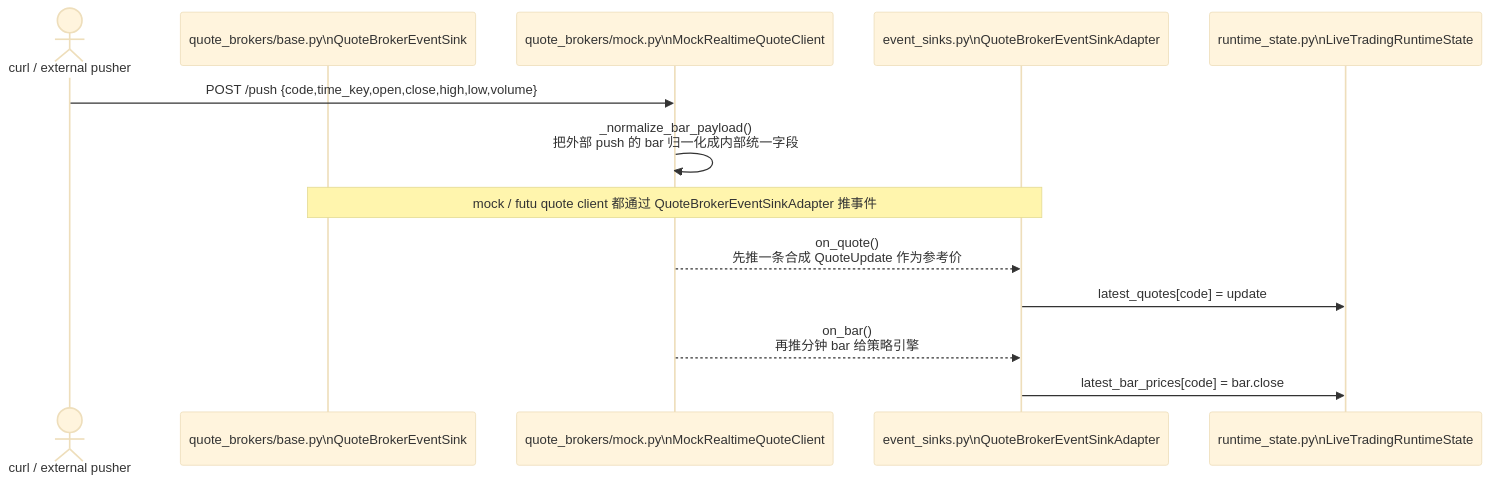
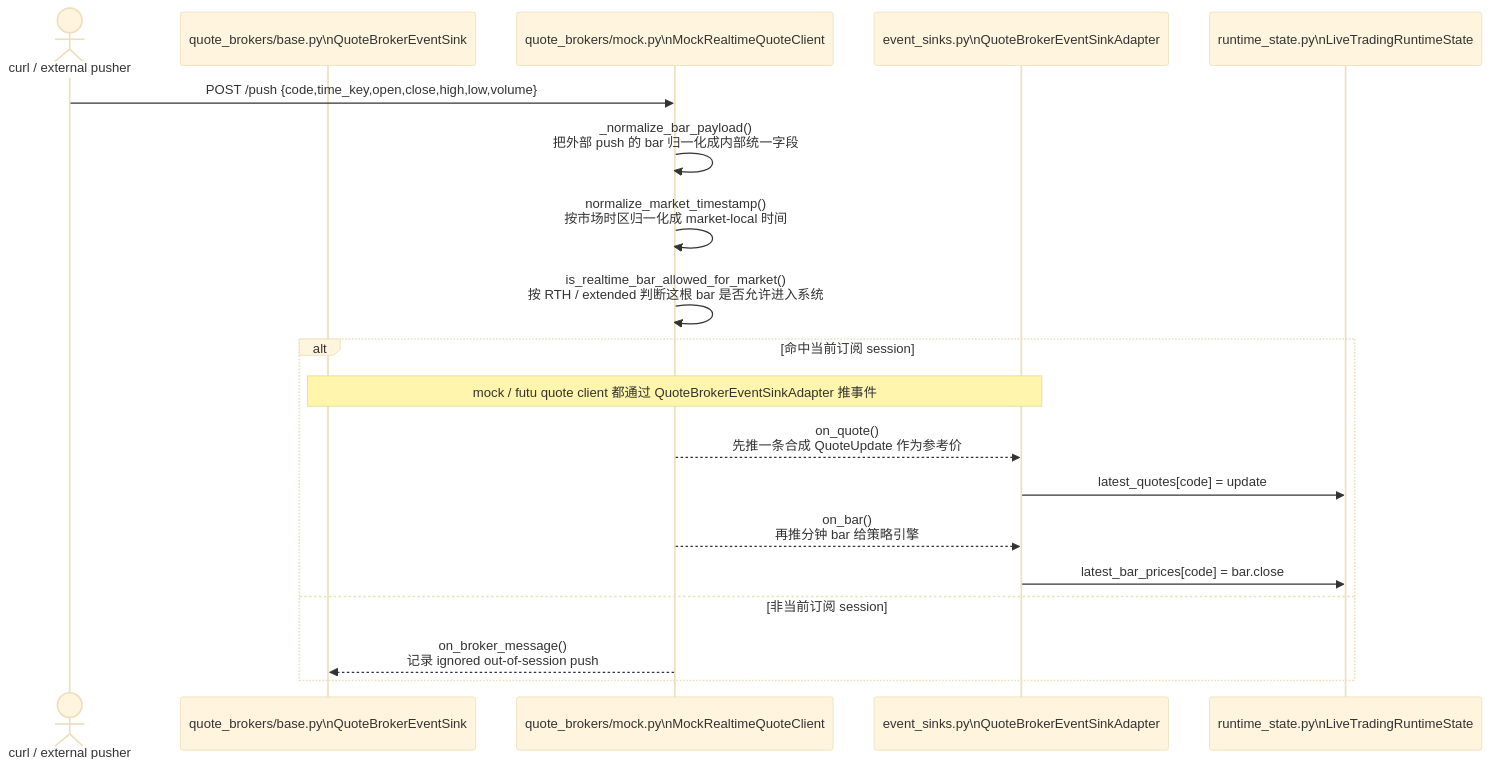
Before and after one commit to hangchow/backtest: the fourth of 7 diagrams in docs/README_livetrading_sequence.md, drawn with Mermaid (base theme). The commit also changed other lines of this file and 24 other files, not shown here.

````diff
--- a/docs/README_livetrading_sequence.md
+++ b/docs/README_livetrading_sequence.md
@@ -233,17 +236,23 @@
 ```mermaid
 sequenceDiagram
     actor C as curl / external pusher
     participant QBASE as quote_brokers/base.py\nQuoteBrokerEventSink
     participant QB as quote_brokers/mock.py\nMockRealtimeQuoteClient
     participant QS as event_sinks.py\nQuoteBrokerEventSinkAdapter
     participant RST as runtime_state.py\nLiveTradingRuntimeState
 
     C->>QB: POST /push {code,time_key,open,close,high,low,volume}
     QB->>QB: _normalize_bar_payload()<br/>把外部 push 的 bar 归一化成内部统一字段
-    Note over QS,QBASE: mock / futu quote client 都通过 QuoteBrokerEventSinkAdapter 推事件
-    QB-->>QS: on_quote()<br/>先推一条合成 QuoteUpdate 作为参考价
-    QS->>RST: latest_quotes[code] = update
+    QB->>QB: normalize_market_timestamp()<br/>按市场时区归一化成 market-local 时间
+    QB->>QB: is_realtime_bar_allowed_for_market()<br/>按 RTH / extended 判断这根 bar 是否允许进入系统
+    alt 命中当前订阅 session
+        Note over QS,QBASE: mock / futu quote client 都通过 QuoteBrokerEventSinkAdapter 推事件
+        QB-->>QS: on_quote()<br/>先推一条合成 QuoteUpdate 作为参考价
+        QS->>RST: latest_quotes[code] = update
 
-    QB-->>QS: on_bar()<br/>再推分钟 bar 给策略引擎
-    QS->>RST: latest_bar_prices[code] = bar.close
+        QB-->>QS: on_bar()<br/>再推分钟 bar 给策略引擎
+        QS->>RST: latest_bar_prices[code] = bar.close
+    else 非当前订阅 session
+        QB-->>QBASE: on_broker_message()<br/>记录 ignored out-of-session push
+    end
 ```
````
